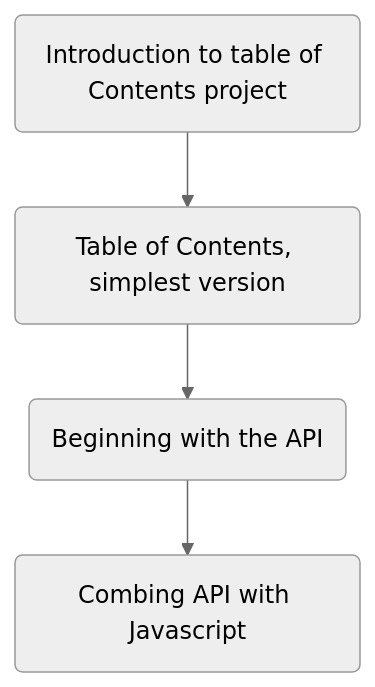
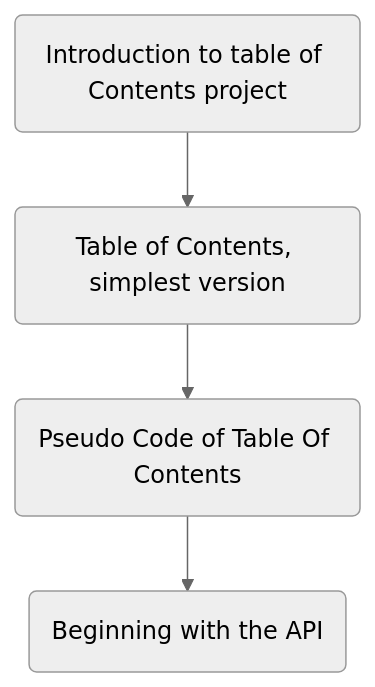
One commit to BrMacCath/LearnProgramming changed the diagram in Programming_Notes/Obsidian Scripts/Week 1/Week 1 Obsidian Publish.md. Above: the diagram before and after it, drawn with Mermaid (neutral theme). The commit also changed other lines of this file and 487 other files, not shown here.

````diff
--- a/Programming_Notes/Obsidian Scripts/Week 1/Week 1 Obsidian Publish.md
+++ b/Programming_Notes/Obsidian Scripts/Week 1/Week 1 Obsidian Publish.md
@@ -62,10 +95,10 @@
 ```mermaid
 graph TB
 	Introduction_to_table_of_Contents_project(Introduction to table of Contents project)
 	Table_of_Contents,_simplest_version(Table of Contents, simplest version)
+	Pseudo_Code_of_Table_Of_Contents(Pseudo Code of Table Of Contents)
 	Beginning_with_the_API(Beginning with the API)
-	Combing_API_with_Javascript(Combing API with Javascript)
 	Introduction_to_table_of_Contents_project --> Table_of_Contents,_simplest_version
-	Table_of_Contents,_simplest_version --> Beginning_with_the_API
-	Beginning_with_the_API --> Combing_API_with_Javascript
+	Table_of_Contents,_simplest_version --> Pseudo_Code_of_Table_Of_Contents
+	Pseudo_Code_of_Table_Of_Contents --> Beginning_with_the_API
 ```
````
